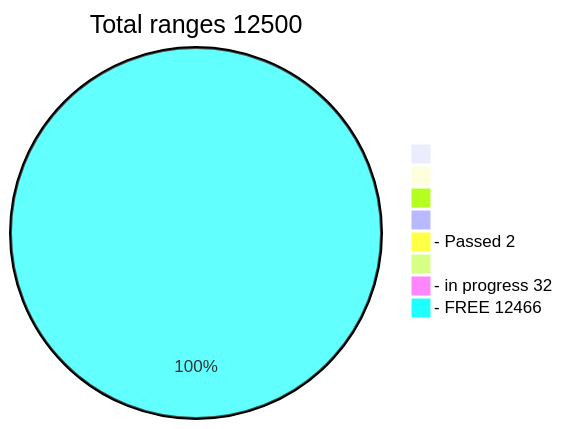
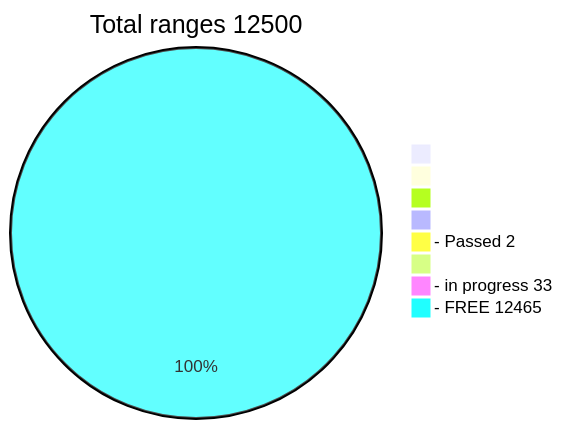
The diagram in README.md (phrutis/Passphrases), drawn with Mermaid before and after one commit.

````diff
--- a/README.md
+++ b/README.md
@@ -3,12 +3,12 @@
 ```mermaid
 pie title Total ranges 12500
              " " : 0
             "  " : 0
            "   " : 0
           "    " : 0
   "- Passed 2" : 2
          "     " : 0
-  "- in progress 32" : 32
-   "- FREE 12466" : 12466
+  "- in progress 33" : 33
+   "- FREE 12465" : 12465
    
 ```
````
